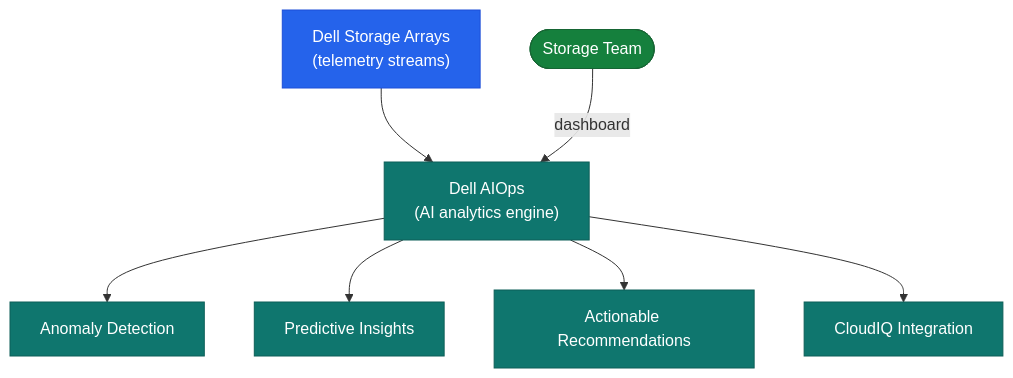
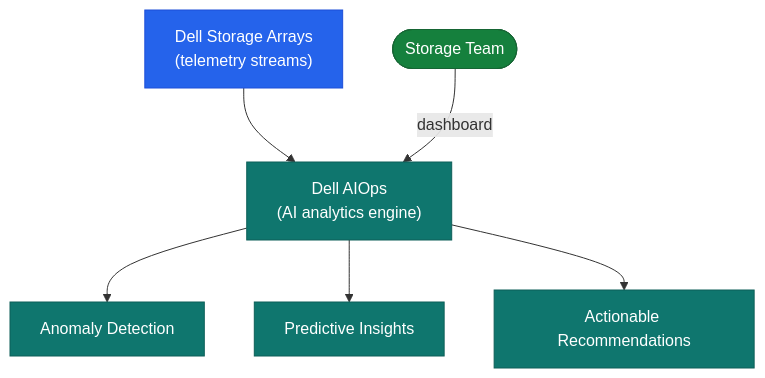
Before and after one commit to canast01/chris-kb: the diagram in docs/monitoring/dell-aiops/architecture/index.md, drawn with Mermaid. The commit also changed other lines of this file and 38 other files, not shown here.

First line of the commit message:
Migrate 7 critical architecture pages and fix minor card descriptions

````diff
--- a/docs/monitoring/dell-aiops/architecture/index.md
+++ b/docs/monitoring/dell-aiops/architecture/index.md
@@ -8,15 +27,14 @@
 ```mermaid
 graph TB
   ARRAYS["Dell Storage Arrays\n(telemetry streams)"] --> AIOPS["Dell AIOps\n(AI analytics engine)"]
   AIOPS --> ANOM["Anomaly Detection"]
   AIOPS --> PRED["Predictive Insights"]
   AIOPS --> RECS["Actionable Recommendations"]
-  AIOPS --> CIQ["CloudIQ Integration"]
   ADMIN(["Storage Team"]) -->|"dashboard"| AIOPS
   classDef ctrl fill:#2563eb,stroke:#1d4ed8,color:#fff
   classDef cloud fill:#0f766e,stroke:#0d5f58,color:#fff
   classDef host fill:#15803d,stroke:#166534,color:#fff
   class ARRAYS ctrl
-  class AIOPS,ANOM,PRED,RECS,CIQ cloud
+  class AIOPS,ANOM,PRED,RECS cloud
   class ADMIN host
 ```
````
